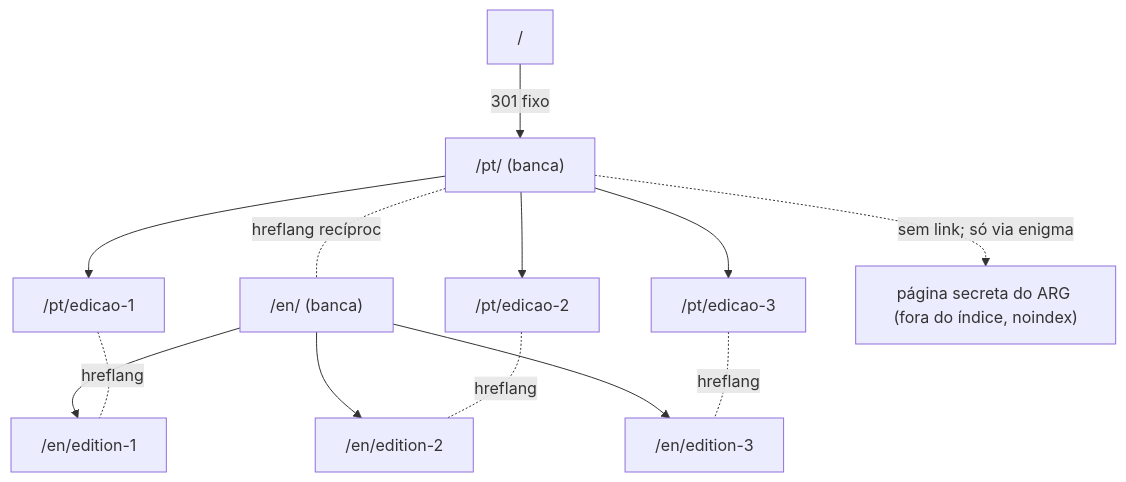
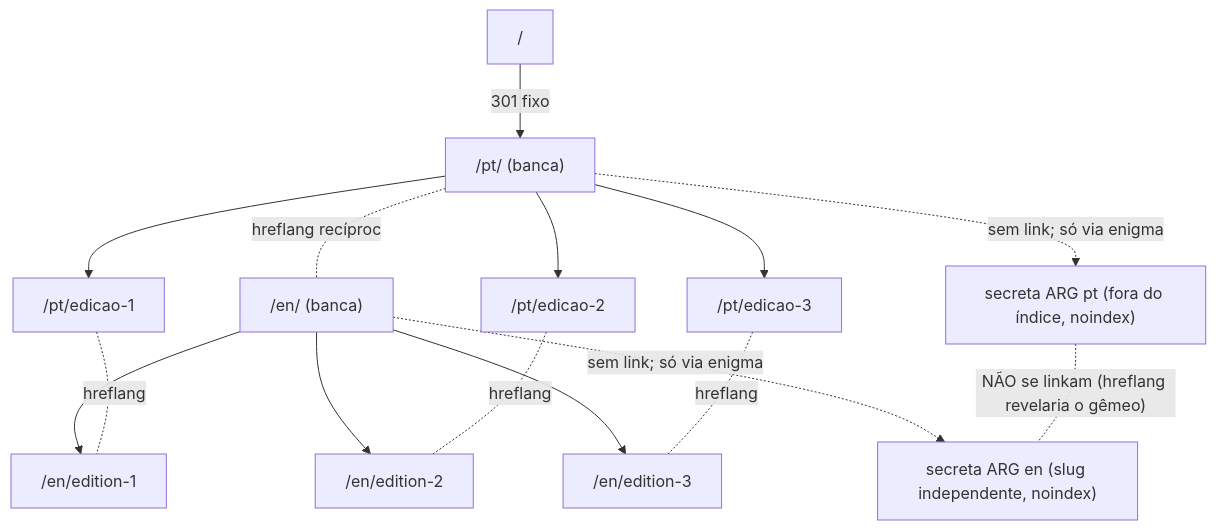
One commit to petrinhu/site_gusworld changed the first of 3 diagrams in docs/ia-wireframe.md. Above: the diagram before and after it, drawn with Mermaid. The commit also changed other lines of this file and 2 other files, not shown here.

````diff
--- a/docs/ia-wireframe.md
+++ b/docs/ia-wireframe.md
@@ -42,16 +43,19 @@
 ```mermaid
 graph TD
   R["/"] -->|301 fixo| PT["/pt/  (banca)"]
   PT -.hreflang recíproco.- EN["/en/  (banca)"]
   PT --> E1PT["/pt/edicao-1"]
   PT --> E2PT["/pt/edicao-2"]
   PT --> E3PT["/pt/edicao-3"]
   EN --> E1EN["/en/edition-1"]
   EN --> E2EN["/en/edition-2"]
   EN --> E3EN["/en/edition-3"]
   E1PT -.hreflang.- E1EN
   E2PT -.hreflang.- E2EN
   E3PT -.hreflang.- E3EN
-  SEC["página secreta do ARG (fora do índice, noindex)"]
-  PT -. "sem link; só via enigma" .-> SEC
+  SECPT["secreta ARG pt (fora do índice, noindex)"]
+  SECEN["secreta ARG en (slug independente, noindex)"]
+  PT -. "sem link; só via enigma" .-> SECPT
+  EN -. "sem link; só via enigma" .-> SECEN
+  SECPT -. "NÃO se linkam (hreflang revelaria o gêmeo)" .- SECEN
 ```
````
